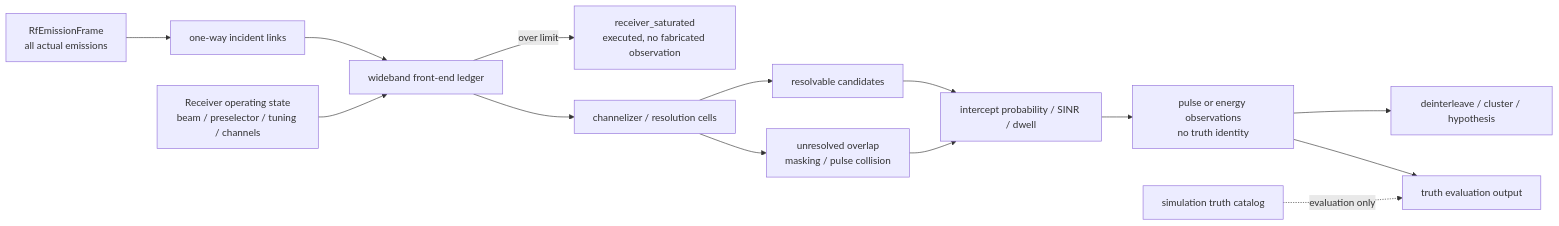
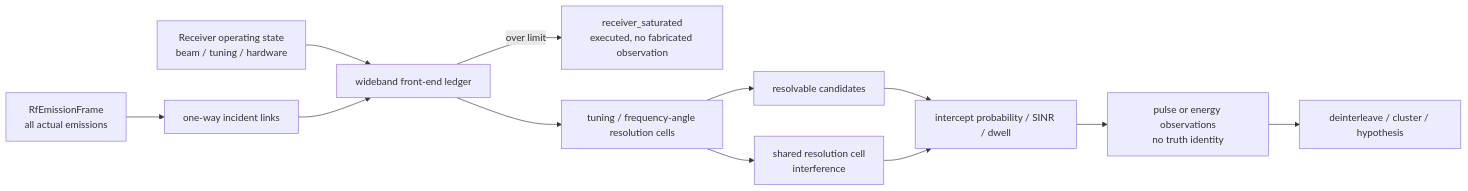
One commit to boilwater-3/1q changed the fifth of 5 diagrams in docs/electronic_surveillance_radar/design.md. Above: the diagram before and after it, drawn with Mermaid. The commit also changed other lines of this file and 18 other files, not shown here.

````diff
--- a/docs/electronic_surveillance_radar/design.md
+++ b/docs/electronic_surveillance_radar/design.md
@@ -209,16 +206,14 @@
 ```mermaid
 flowchart LR
   Scene["RfEmissionFrame\nall actual emissions"] --> Incident["one-way incident links"]
-  Rx["Receiver operating state\nbeam / preselector / tuning / channels"] --> Front["wideband front-end ledger"]
+  Rx["Receiver operating state\nbeam / tuning / hardware"] --> Front["wideband front-end ledger"]
   Incident --> Front
   Front -->|over limit| Sat["receiver_saturated\nexecuted, no fabricated observation"]
-  Front --> Chan["channelizer / resolution cells"]
+  Front --> Chan["tuning / frequency-angle resolution cells"]
   Chan --> Sep["resolvable candidates"]
-  Chan --> Mix["unresolved overlap\nmasking / pulse collision"]
+  Chan --> Mix["shared resolution cell\ninterference"]
   Sep --> Detect["intercept probability / SINR / dwell"]
   Mix --> Detect
   Detect --> Obs["pulse or energy observations\nno truth identity"]
   Obs --> Assoc["deinterleave / cluster / hypothesis"]
-  Truth["simulation truth catalog"] -. "evaluation only" .-> Eval["truth evaluation output"]
-  Obs --> Eval
 ```
````
